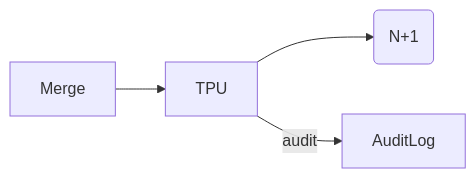
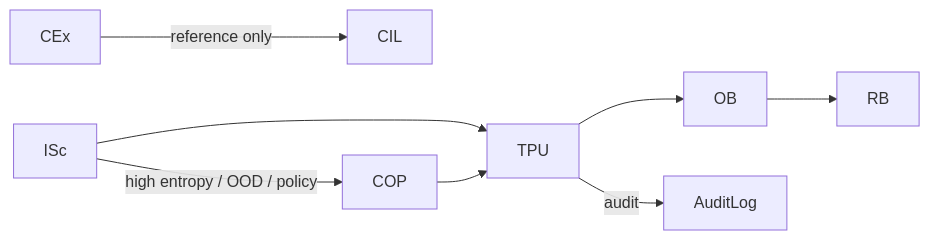
One commit to CuriousOne23/WhenMathPrays changed the diagram in thought_simulator/20_requirements/20.46_tpu_req.md. Above: the diagram before and after it, drawn with Mermaid. The commit also changed other lines of this file, not shown here.

First line of the commit message:
Revise TPU requirements and internal processes

````diff
--- a/thought_simulator/20_requirements/20.46_tpu_req.md
+++ b/thought_simulator/20_requirements/20.46_tpu_req.md
@@ -289,6 +296,13 @@
 ```mermaid
 flowchart LR
-    Merge --> TPU
-    TPU --> TP(N+1)
+    ISc --> TPU
+    TPU --> OB
+    OB --> RB
+
+    CEx -->|reference only| CIL
+
+    ISc -->|high entropy / OOD / policy| COP
+    COP --> TPU
+
     TPU -->|audit| AuditLog
 ```
````
